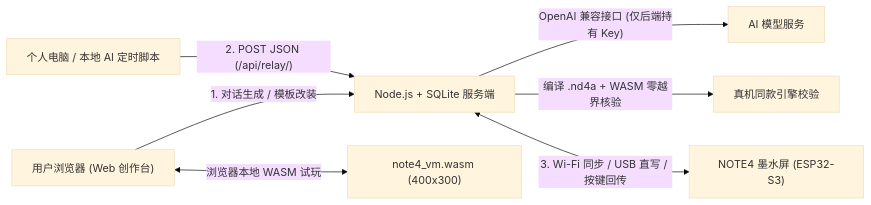
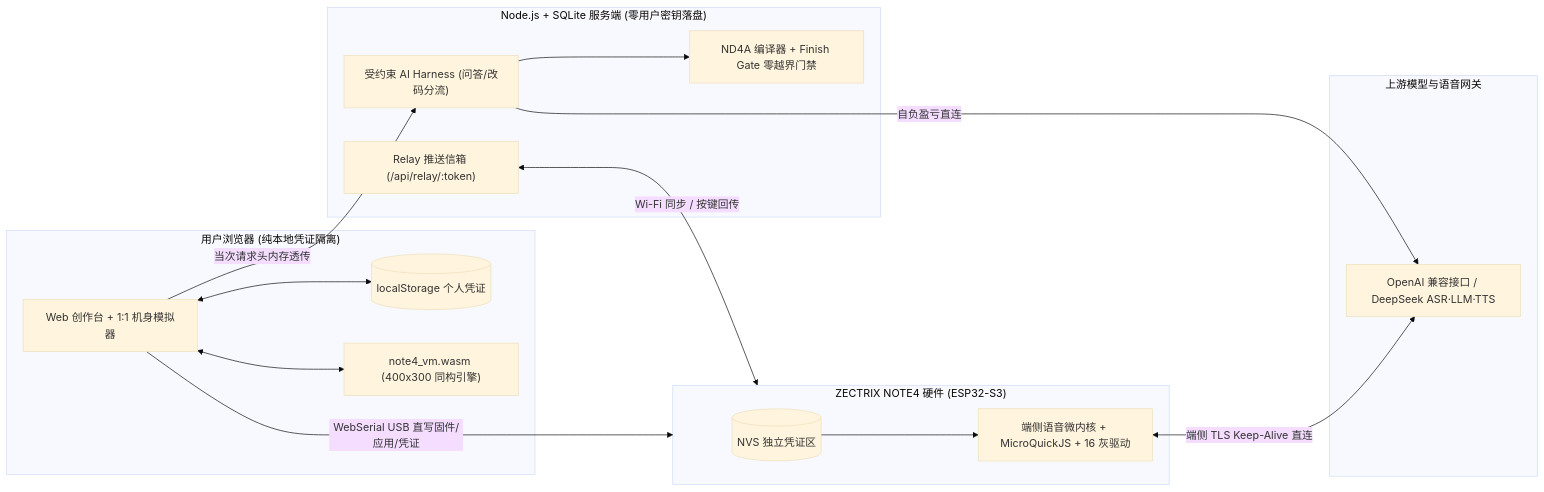
One commit to LCYLYM/note4-eink-studio changed the diagram in README.md. Above: the diagram before and after it, drawn with Mermaid (base theme). The commit also changed other lines of this file and 51 other files, not shown here.

````diff
--- a/README.md
+++ b/README.md
@@ -77,9 +126,33 @@
 ```mermaid
 flowchart LR
-  User["用户浏览器 (Web 创作台)"] -->|"1. 对话生成 / 模板改装"| Server["Node.js + SQLite 服务端"]
-  User <-->|"浏览器本地 WASM 试玩"| WASM["note4_vm.wasm (400x300)"]
-  Server -->|"OpenAI 兼容接口 (仅后端持有 Key)"| LLM["AI 模型服务"]
-  Server -->|"编译 .nd4a + WASM 零越界核验"| Check["真机同款引擎校验"]
-  LocalPC["个人电脑 / 本地 AI 定时脚本"] -->|"2. POST JSON (/api/relay/<token>)"| Server
-  Server <-->|"3. Wi-Fi 同步 / USB 直写 / 按键回传"| Device["NOTE4 墨水屏 (ESP32-S3)"]
+  subgraph Browser["用户浏览器 (纯本地凭证隔离)"]
+    UI["Web 创作台 + 1:1 机身模拟器"]
+    LS[("localStorage 个人凭证")]
+    WASM["note4_vm.wasm (400x300 同构引擎)"]
+    UI <--> WASM
+    UI <--> LS
+  end
+
+  subgraph Edge["Node.js + SQLite 服务端 (零用户密钥落盘)"]
+    Agent["受约束 AI Harness (问答/改码分流)"]
+    Gate["ND4A 编译器 + Finish Gate 零越界门禁"]
+    Relay["Relay 推送信箱 (/api/relay/:token)"]
+    Agent --> Gate
+  end
+
+  subgraph Cloud["上游模型与语音网关"]
+    DS["OpenAI 兼容接口 / DeepSeek ASR·LLM·TTS"]
+  end
+
+  subgraph HW["ZECTRIX NOTE4 硬件 (ESP32-S3)"]
+    NVS[("NVS 独立凭证区")]
+    Kernel["端侧语音微内核 + MicroQuickJS + 16 灰驱动"]
+    NVS --> Kernel
+  end
+
+  UI -->|"当次请求头内存透传"| Agent
+  Agent -->|"自负盈亏直连"| DS
+  UI -->|"WebSerial USB 直写固件/应用/凭证"| HW
+  Relay <-->|"Wi-Fi 同步 / 按键回传"| HW
+  Kernel <-->|"端侧 TLS Keep-Alive 直连"| DS
 ```
````
